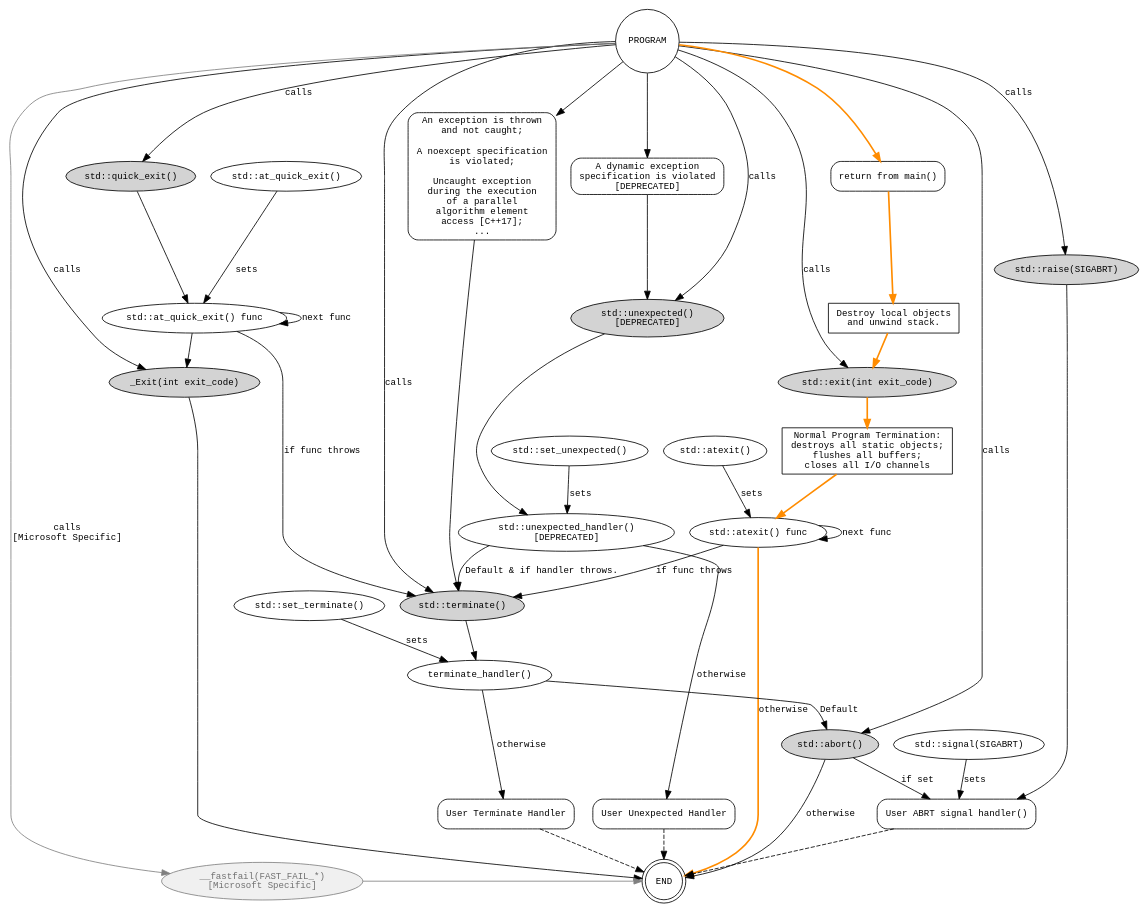
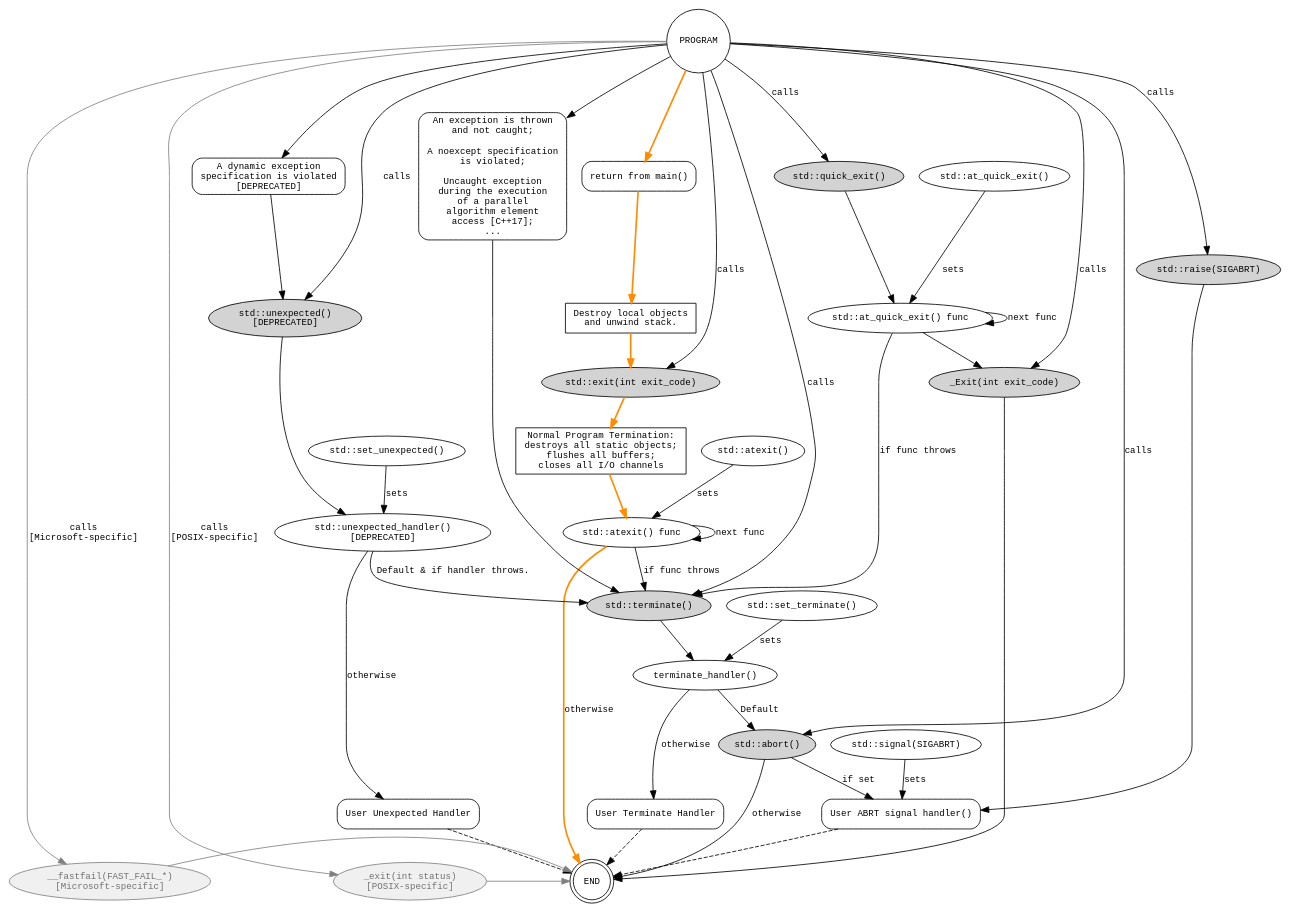
One commit to adishavit/Terminators changed the diagram in termination_graph.gv. Above: the diagram before and after it, drawn with Graphviz. The commit also changed 4 other files, not shown here.

Commit message:
feat: Add POSIX-specific `_exit` terminator

```diff
--- a/termination_graph.gv
+++ b/termination_graph.gv
@@ -1,114 +1,118 @@
 // http://www.graphviz.org/doc/info/attrs.html
 digraph g{
-  node [fontsize=11,fontname="Monospace"];	
+  node [fontsize=11,fontname="Monospace"];
   edge [fontsize=11,fontname="Monospace"];
   //rankdir=LR
   //ratio=1.5
-   
+
   exit                      [label="std::exit(int exit_code)",style="filled"]
   Cleanup                   [label="Normal Program Termination:\ndestroys all static objects;\n flushes all buffers;\n closes all I/O channels",shape=box];
   atexit_func               [label="std::atexit() func"];
   atexit                    [label="std::atexit()"];
   terminate                 [label="std::terminate()",style="filled"]
   abort                     [label="std::abort()",style="filled"]
   quick_exit                [label="std::quick_exit()",style="filled"]
   at_quick_exit_func        [label="std::at_quick_exit() func"];
   at_quick_exit             [label="std::at_quick_exit()"];
   _Exit                     [label="_Exit(int exit_code)",style="filled"]
   terminate_handler         [label="terminate_handler()"]
   mainReturn                [label="return from main()",shape=box,style="rounded"];
   destroyLocal              [label="Destroy local objects\nand unwind stack.", shape=box];
-  terminateCause            [label="An exception is thrown\nand not caught;\n\nA noexcept specification\nis violated;\n\nUncaught exception\nduring the execution\nof a parallel\nalgorithm element\naccess [C++17];\n...",shape=box,style="rounded"];   
+  terminateCause            [label="An exception is thrown\nand not caught;\n\nA noexcept specification\nis violated;\n\nUncaught exception\nduring the execution\nof a parallel\nalgorithm element\naccess [C++17];\n...",shape=box,style="rounded"];
   unexpectedCause           [label="A dynamic exception\nspecification is violated\n[DEPRECATED]",shape=box,style="rounded"];
   unexpected                [label="std::unexpected()\n[DEPRECATED]",style="filled"]
   unexpected_handler        [label="std::unexpected_handler()\n[DEPRECATED]"];
   user_unexpected_handler   [label="User Unexpected Handler",shape=box,style="rounded"]
   set_unexpected            [label="std::set_unexpected()"]
   user_terminate_handler    [label="User Terminate Handler",shape=box,style="rounded"];
   set_terminate             [label="std::set_terminate()"]
   signal                    [label="std::signal(SIGABRT)"]
   user_signal_handler       [label="User ABRT signal handler()",shape=box,style="rounded"]
-  raise						[label="std::raise(SIGABRT)",style="filled"]
+  raise                     [label="std::raise(SIGABRT)",style="filled"]
   PROGRAM                   [shape=circle];
   END                       [shape=doublecircle];
-  
-  __fastfail				[label="__fastfail(FAST_FAIL_*)\n[Microsoft Specific]",style="filled",fillcolor=gray94, color=gray,fontcolor=gray44]
+
+  __fastfail                [label="__fastfail(FAST_FAIL_*)\n[Microsoft-specific]",style="filled",fillcolor=gray94, color=gray,fontcolor=gray44]
+  _exit                     [label="_exit(int status)\n[POSIX-specific]",style="filled",fillcolor=gray94,color=gray,fontcolor=gray44]
 
   /////////////////////////////////////////////////////////////////////////////
 
   PROGRAM -> mainReturn [color=darkorange style=bold]
   PROGRAM -> terminateCause
   PROGRAM -> unexpectedCause
   PROGRAM -> exit [label=calls]
   PROGRAM -> quick_exit [label=calls]
   PROGRAM -> unexpected [label=calls]
   PROGRAM -> abort [label=calls]
   PROGRAM -> terminate [label=calls]
   PROGRAM -> _Exit [label=calls]
   PROGRAM -> raise [label=calls]
-  
+
   exit  -> Cleanup [color=darkorange style=bold]
   Cleanup -> atexit_func  [color=darkorange style=bold]
   atexit -> atexit_func [label=sets]
   atexit_func -> atexit_func [label="next func"]
   atexit_func -> terminate [label="if func throws"];
   atexit_func -> END [label=otherwise color=darkorange style=bold]
   abort -> END [label=otherwise]
-  
+
   at_quick_exit -> at_quick_exit_func [label=sets]
-  quick_exit-> at_quick_exit_func; 
+  quick_exit-> at_quick_exit_func;
   at_quick_exit_func -> at_quick_exit_func [label="next func"];
   at_quick_exit_func -> terminate [label="if func throws"];
   at_quick_exit_func -> _Exit
-  
+
   _Exit -> END
   terminate -> terminate_handler
   terminate_handler -> abort [label="Default"]
   terminate_handler -> user_terminate_handler [label="otherwise"]
   set_terminate -> terminate_handler [label=sets]
   terminateCause -> terminate
-  
+
   mainReturn -> destroyLocal [color=darkorange style=bold]
   destroyLocal -> exit [color=darkorange style=bold]
 
   unexpectedCause -> unexpected
   unexpected -> unexpected_handler
   unexpected_handler -> terminate [label="Default & if handler throws."]
   unexpected_handler -> user_unexpected_handler [label=otherwise];
-  set_unexpected -> unexpected_handler [label=sets];  
-  
+  set_unexpected -> unexpected_handler [label=sets];
+
   user_unexpected_handler -> END [style=dashed];
   user_terminate_handler -> END [style=dashed];
-  
+
   signal -> user_signal_handler [label=sets]
   abort -> user_signal_handler [label="if set"]
   user_signal_handler -> END [style=dashed];
   raise -> user_signal_handler
-  
-  
-  PROGRAM -> __fastfail [label="calls\n[Microsoft Specific]", color=gray]
+
+
+  PROGRAM -> __fastfail [label="calls\n[Microsoft-specific]", color=gray]
   __fastfail -> END [color=gray]
+
+  PROGRAM -> _exit [label="calls\n[POSIX-specific]", color=gray]
+  _exit -> END [color=gray]
 
   // invisibles
   //terminate -> abort [style="invis"]
-  
+
   /////////////////////////////////////////////////////////////////////////////
-  
+
   {rank=source; PROGRAM }
-  {rank=same; mainReturn terminateCause unexpectedCause}  
-  
+  {rank=same; mainReturn terminateCause unexpectedCause}
+
   //{rank=same; at_quick_exit at_quick_exit_func}
   //{rank=same; set_terminate terminate_handler}
   //{rank=same; set_unexpected unexpected_handler}
   //{rank=same; atexit atexit_func}
   //{rank=same; signal user_signal_handler }
 
   //{rank=same; quick_exit raise exit terminate unexpected abort _Exit __fastfail}
-  //{rank=same;  _Exit __fastfail }
+  //{rank=same;  _Exit _exit __fastfail }
   //{rank=same;  abort raise  }
-  {rank=same; __fastfail END  }
-  
-  
+  {rank=same; __fastfail _exit END  }
+
+
   {rank=same; user_unexpected_handler user_terminate_handler user_signal_handler}
   {rank=sink; END }
 }
```
